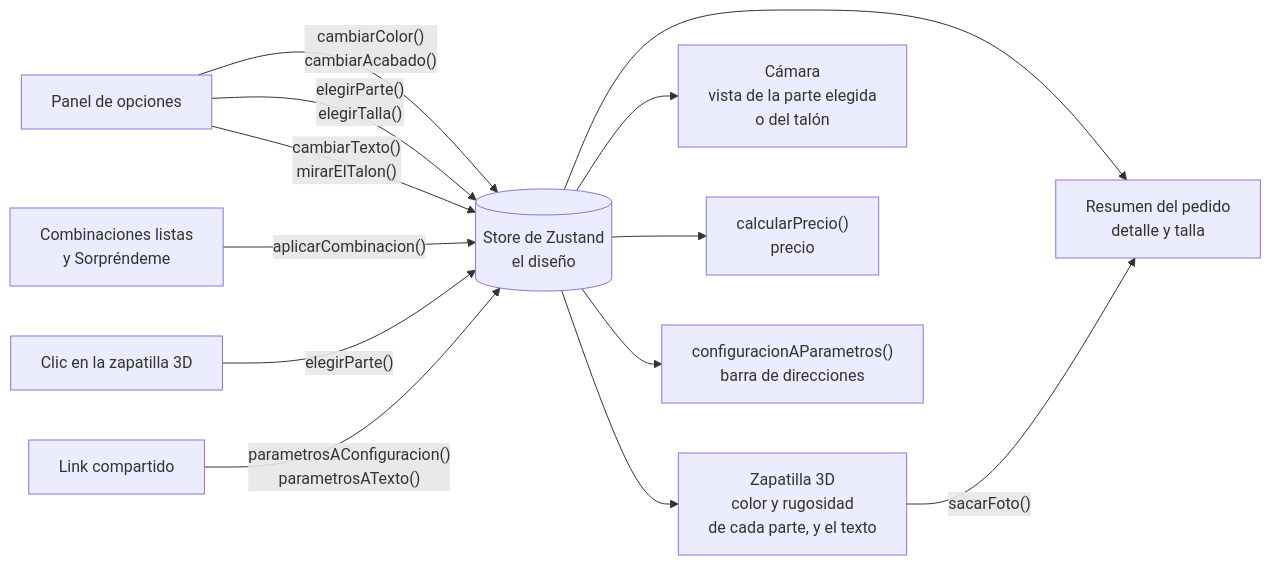
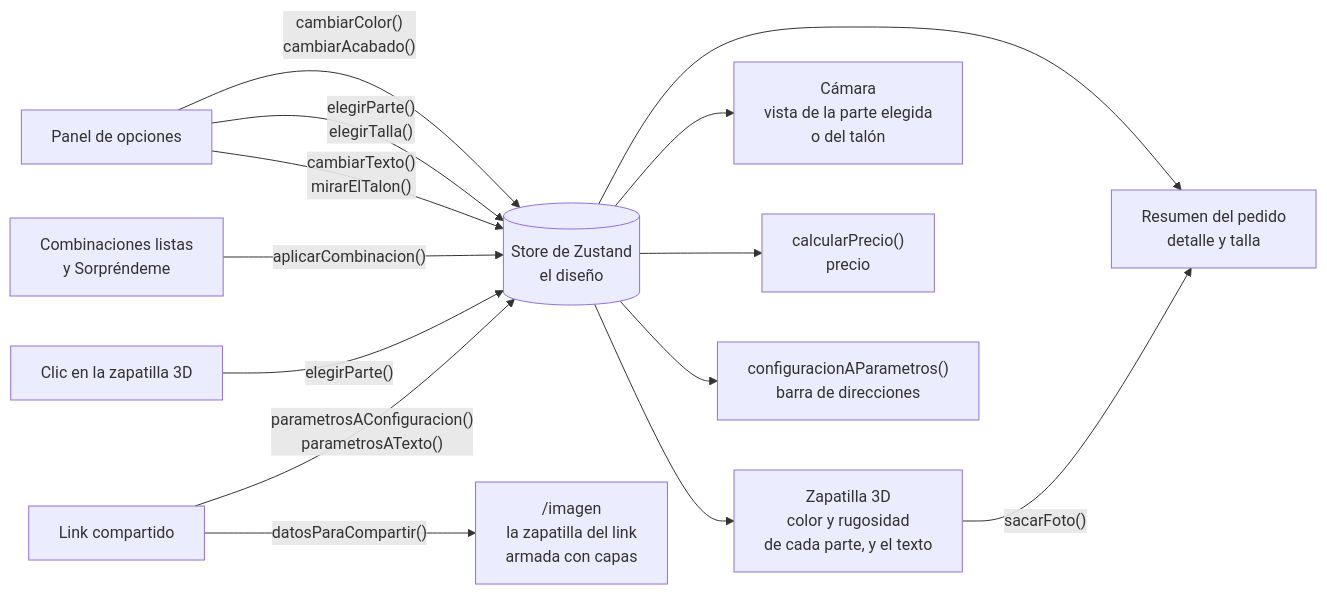
Before and after one commit to Vitomans/configurador-3d: the diagram in README.md, drawn with Mermaid. The commit also changed other lines of this file and 1 other file, not shown here.

Commit message:
docs: explica en el README la vista previa con el diseño

````diff
--- a/README.md
+++ b/README.md
@@ -46,15 +51,16 @@
 ```mermaid
 flowchart LR
     panel["Panel de opciones"] -->|"cambiarColor()<br/>cambiarAcabado()"| store[("Store de Zustand<br/>el diseño")]
     panel -->|"elegirParte()<br/>elegirTalla()"| store
     panel -->|"cambiarTexto()<br/>mirarElTalon()"| store
     combinaciones["Combinaciones listas<br/>y Sorpréndeme"] -->|"aplicarCombinacion()"| store
     zapatilla["Clic en la zapatilla 3D"] -->|"elegirParte()"| store
     store --> producto["Zapatilla 3D<br/>color y rugosidad<br/>de cada parte, y el texto"]
     store --> camara["Cámara<br/>vista de la parte elegida<br/>o del talón"]
     store --> precio["calcularPrecio()<br/>precio"]
     store --> url["configuracionAParametros()<br/>barra de direcciones"]
     link["Link compartido"] -->|"parametrosAConfiguracion()<br/>parametrosATexto()"| store
     store --> pedido["Resumen del pedido<br/>detalle y talla"]
     producto -->|"sacarFoto()"| pedido
+    link -->|"datosParaCompartir()"| imagen["/imagen<br/>la zapatilla del link<br/>armada con capas"]
 ```
````
